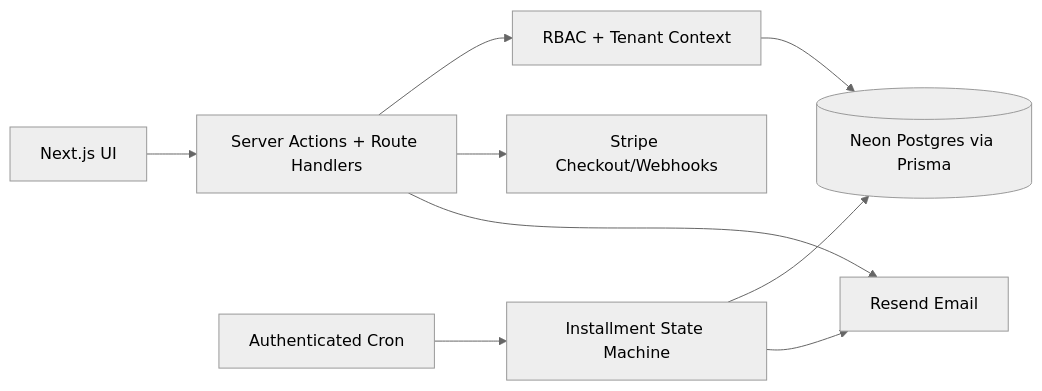
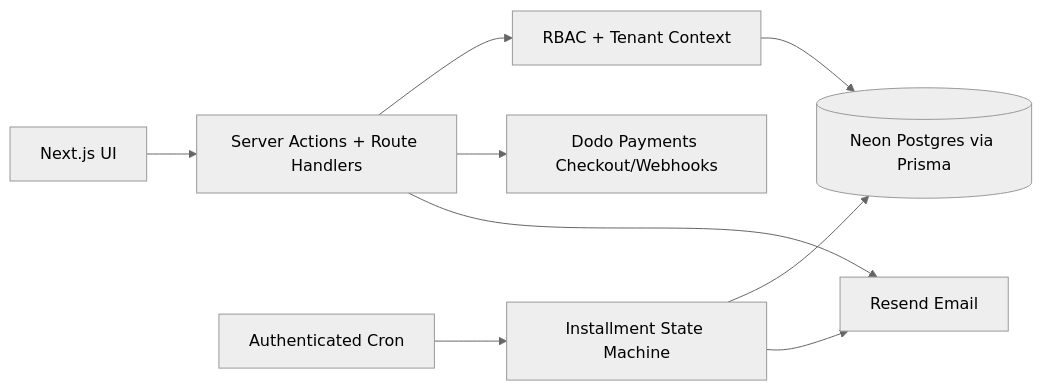
Before and after one commit to yigiterturk-dev/bridalstack: the diagram in README.md, drawn with Mermaid (neutral theme). The commit also changed other lines of this file and 31 other files, not shown here.

First line of the commit message:
feat(billing): move payments from Stripe to Dodo Payments

````diff
--- a/README.md
+++ b/README.md
@@ -33,11 +33,11 @@
 ```mermaid
 flowchart LR
     Browser[Next.js UI] --> Routes[Server Actions + Route Handlers]
     Routes --> Guard[RBAC + Tenant Context]
     Guard --> Db[(Neon Postgres via Prisma)]
-    Routes --> Stripe[Stripe Checkout/Webhooks]
+    Routes --> Dodo[Dodo Payments Checkout/Webhooks]
     Routes --> Resend[Resend Email]
     Cron[Authenticated Cron] --> Installments[Installment State Machine]
     Installments --> Db
     Installments --> Resend
 ```
````
